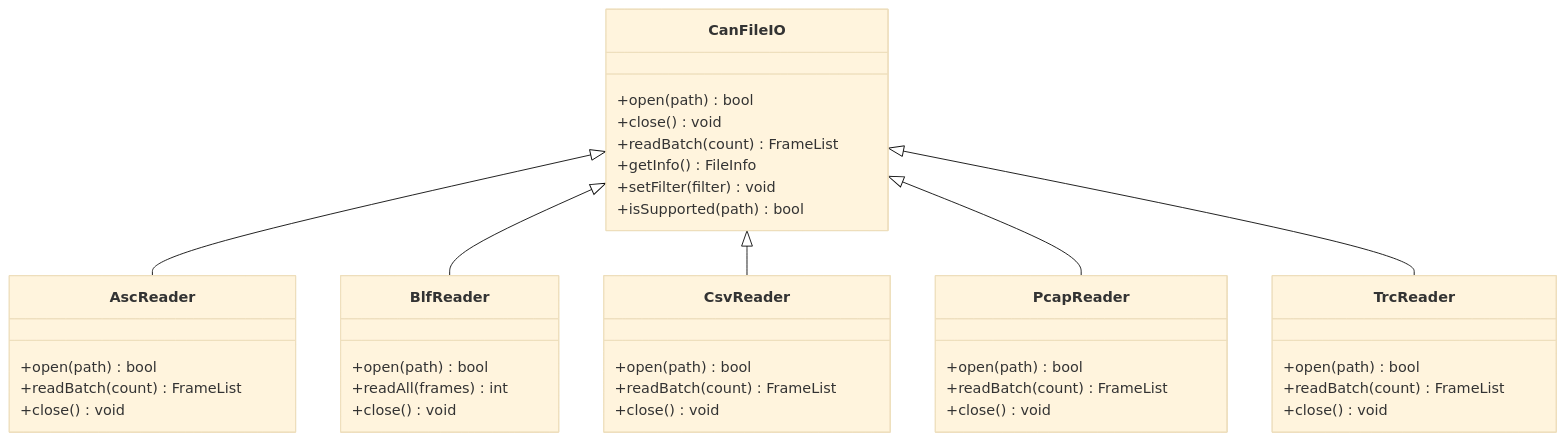
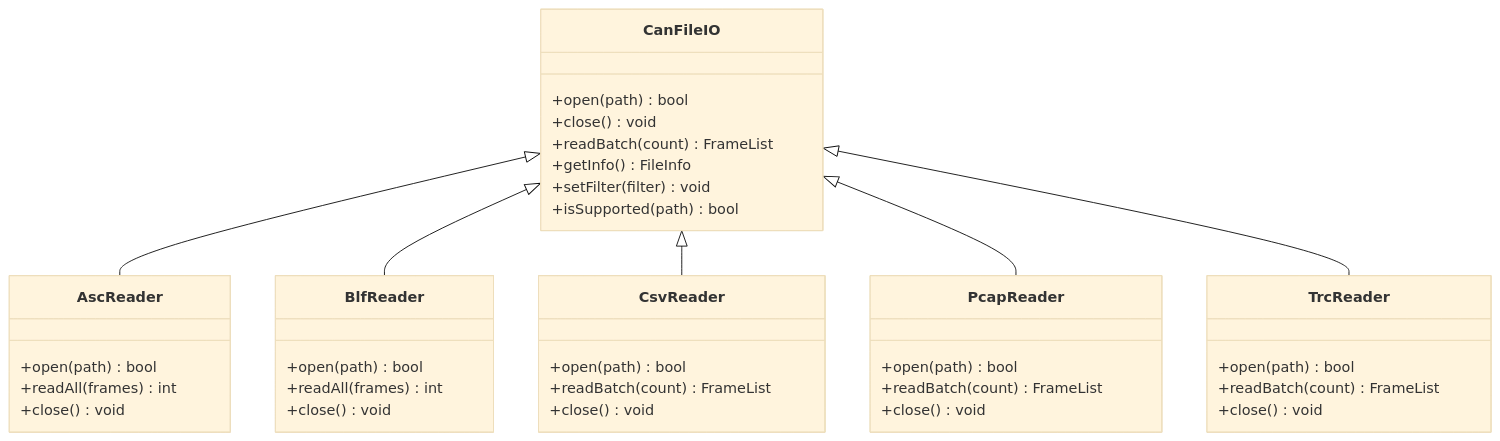
The third of 11 diagrams in .qoder/repowiki/zh/content/核心模块详解/CAN文件IO系统.md (jakecai1225-design/OpenBus), drawn with Mermaid (base theme) before and after one commit. The commit also changed other lines of this file and 12 other files, not shown here.

Commit message:
graphic回放bug

````diff
--- a/.qoder/repowiki/zh/content/核心模块详解/CAN文件IO系统.md
+++ b/.qoder/repowiki/zh/content/核心模块详解/CAN文件IO系统.md
@@ -198,41 +204,41 @@
 ```mermaid
 classDiagram
 class CanFileIO {
 +open(path) bool
 +close() void
 +readBatch(count) FrameList
 +getInfo() FileInfo
 +setFilter(filter) void
 +isSupported(path) bool
 }
 class AscReader {
 +open(path) bool
-+readBatch(count) FrameList
++readAll(frames) int
 +close() void
 }
 class BlfReader {
 +open(path) bool
 +readAll(frames) int
 +close() void
 }
 class CsvReader {
 +open(path) bool
 +readBatch(count) FrameList
 +close() void
 }
 class PcapReader {
 +open(path) bool
 +readBatch(count) FrameList
 +close() void
 }
 class TrcReader {
 +open(path) bool
 +readBatch(count) FrameList
 +close() void
 }
 CanFileIO <|-- AscReader
 CanFileIO <|-- BlfReader
 CanFileIO <|-- CsvReader
 CanFileIO <|-- PcapReader
 CanFileIO <|-- TrcReader
 ```
````
